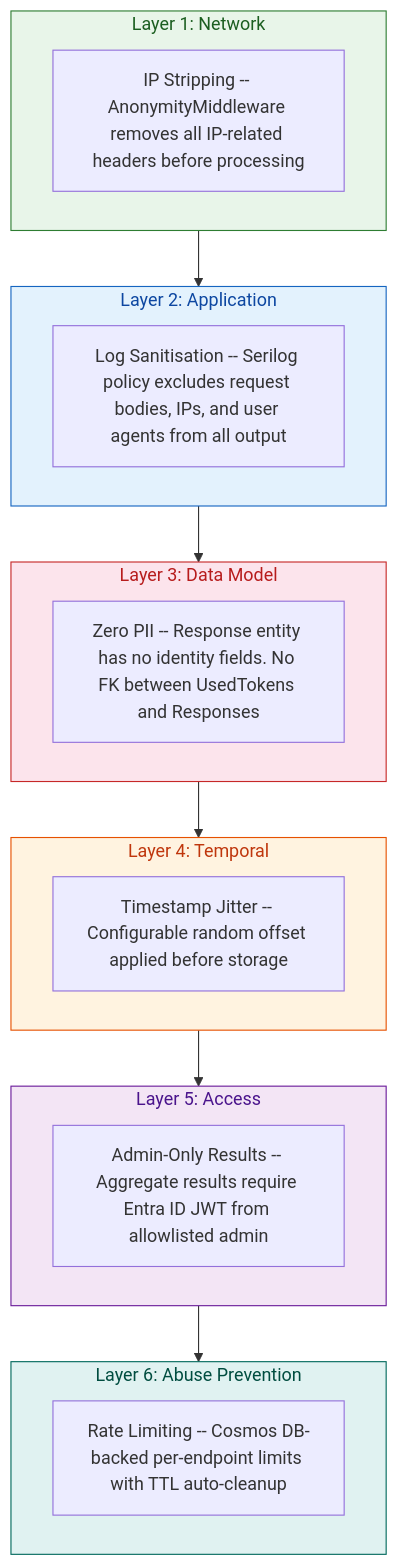
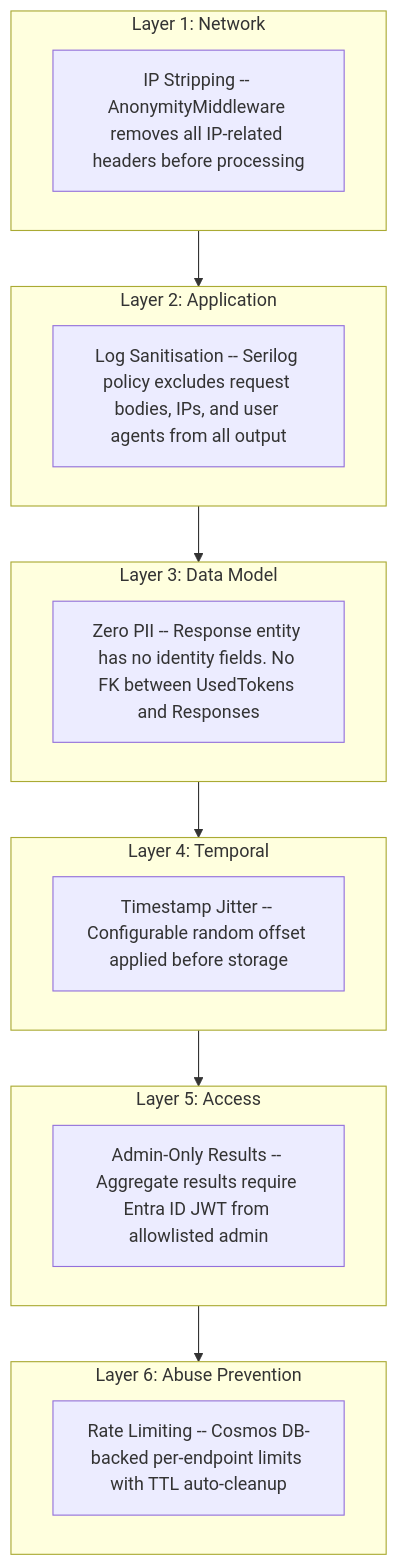
Before and after one commit to asachs/candour: the first of 2 diagrams in docs-site/docs/security/threat-model.md, drawn with Mermaid. The commit also changed other lines of this file and 5 other files, not shown here.

First line of the commit message:
fix: remove hardcoded Mermaid colors for dark-mode compatibility

````diff
--- a/docs-site/docs/security/threat-model.md
+++ b/docs-site/docs/security/threat-model.md
@@ -7,30 +7,24 @@
 ```mermaid
 flowchart TD
     subgraph L1["Layer 1: Network"]
         A["IP Stripping -- AnonymityMiddleware removes all IP-related headers before processing"]
     end
     subgraph L2["Layer 2: Application"]
         B["Log Sanitisation -- Serilog policy excludes request bodies, IPs, and user agents from all output"]
     end
     subgraph L3["Layer 3: Data Model"]
         C["Zero PII -- Response entity has no identity fields. No FK between UsedTokens and Responses"]
     end
     subgraph L4["Layer 4: Temporal"]
         D["Timestamp Jitter -- Configurable random offset applied before storage"]
     end
     subgraph L5["Layer 5: Access"]
         E["Admin-Only Results -- Aggregate results require Entra ID JWT from allowlisted admin"]
     end
     subgraph L6["Layer 6: Abuse Prevention"]
         F["Rate Limiting -- Cosmos DB-backed per-endpoint limits with TTL auto-cleanup"]
     end
 
     L1 --> L2 --> L3 --> L4 --> L5 --> L6
 
-    style L1 fill:#e8f5e9,stroke:#2e7d32,color:#1b5e20
-    style L2 fill:#e3f2fd,stroke:#1565c0,color:#0d47a1
-    style L3 fill:#fce4ec,stroke:#c62828,color:#b71c1c
-    style L4 fill:#fff3e0,stroke:#e65100,color:#bf360c
-    style L5 fill:#f3e5f5,stroke:#6a1b9a,color:#4a148c
-    style L6 fill:#e0f2f1,stroke:#00695c,color:#004d40
 ```
````
